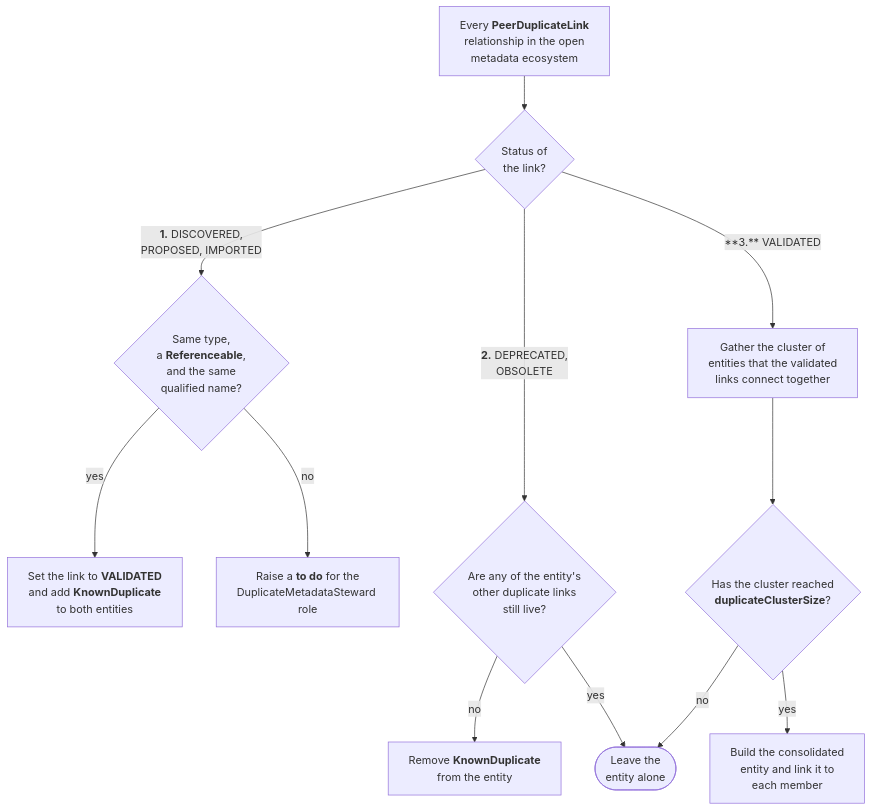
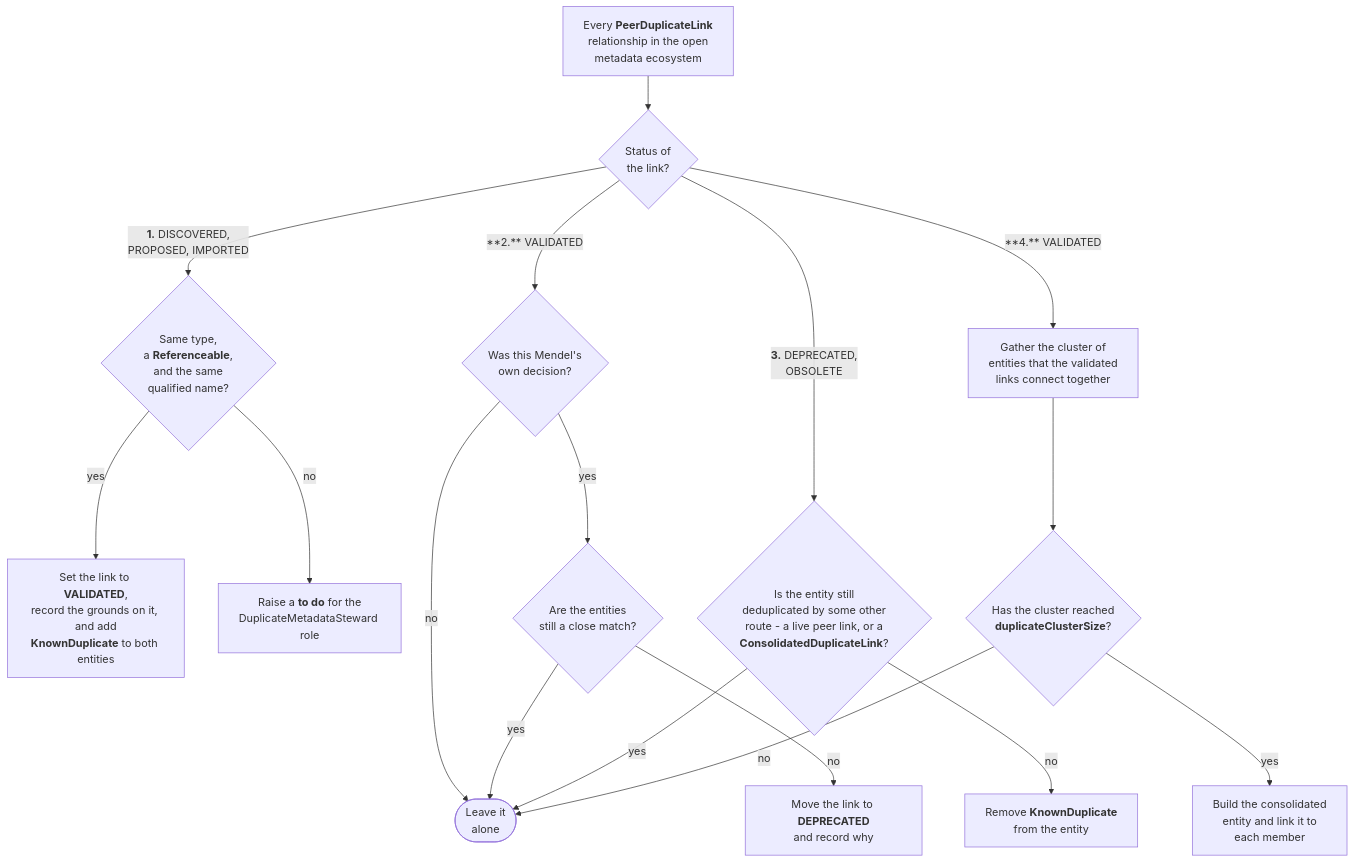
Before and after one commit to odpi/egeria-docs: the fourth of 4 diagrams in site/docs/features/duplicate-management/overview.md, drawn with Mermaid. The commit also changed other lines of this file and 3 other files, not shown here.

````diff
--- a/site/docs/features/duplicate-management/overview.md
+++ b/site/docs/features/duplicate-management/overview.md
@@ -345,34 +345,43 @@
 ```mermaid
 flowchart TD
     A["`Every **PeerDuplicateLink**
     relationship in the open
     metadata ecosystem`"] --> B{"Status of
     the link?"}
     B -->|"`**1.** DISCOVERED,
     PROPOSED, IMPORTED`"| C{"`Same type,
     a **Referenceable**,
     and the same
     qualified name?`"}
-    C -->|yes| D["`Set the link to **VALIDATED**
-    and add **KnownDuplicate**
-    to both entities`"]
+    C -->|yes| D["`Set the link to **VALIDATED**,
+    record the grounds on it, and add
+    **KnownDuplicate** to both entities`"]
     C -->|no| E["`Raise a **to do** for the
     DuplicateMetadataSteward role`"]
-    B -->|"`**2.** DEPRECATED,
-    OBSOLETE`"| F{"Are any of the entity's
-    other duplicate links
-    still live?"}
+    B -->|"**2.** VALIDATED"| L{"Was this Mendel's
+    own decision?"}
+    L -->|no| Z(["Leave it
+    alone"])
+    L -->|yes| M{"Are the entities
+    still a close match?"}
+    M -->|yes| Z
+    M -->|no| N["`Move the link to **DEPRECATED**
+    and record why`"]
+    B -->|"`**3.** DEPRECATED,
+    OBSOLETE`"| F{"`Is the entity still
+    deduplicated by some other
+    route - a live peer link, or a
+    **ConsolidatedDuplicateLink**?`"}
+    F -->|yes| Z
     F -->|no| G["`Remove **KnownDuplicate**
     from the entity`"]
-    F -->|yes| H(["Leave the
-    entity alone"])
-    B -->|"**3.** VALIDATED"| I["Gather the cluster of
+    B -->|"**4.** VALIDATED"| I["Gather the cluster of
     entities that the validated
     links connect together"]
     I --> J{"`Has the cluster reached
     **duplicateClusterSize**?`"}
-    J -->|no| H
+    J -->|no| Z
     J -->|yes| K["Build the consolidated
     entity and link it to
     each member"]
 ```
````
